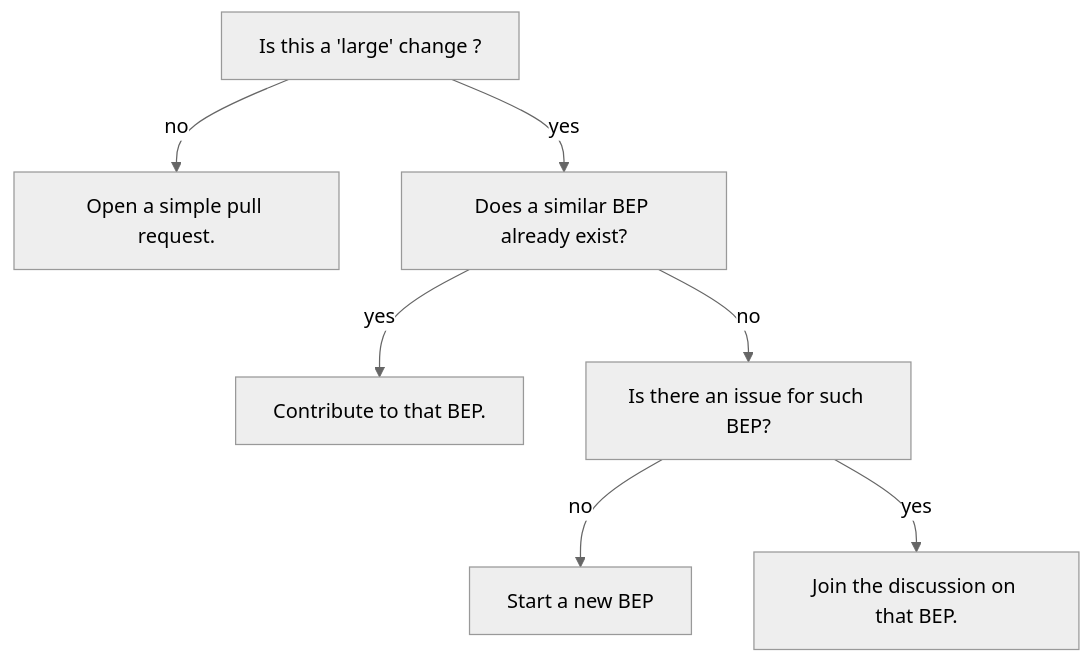
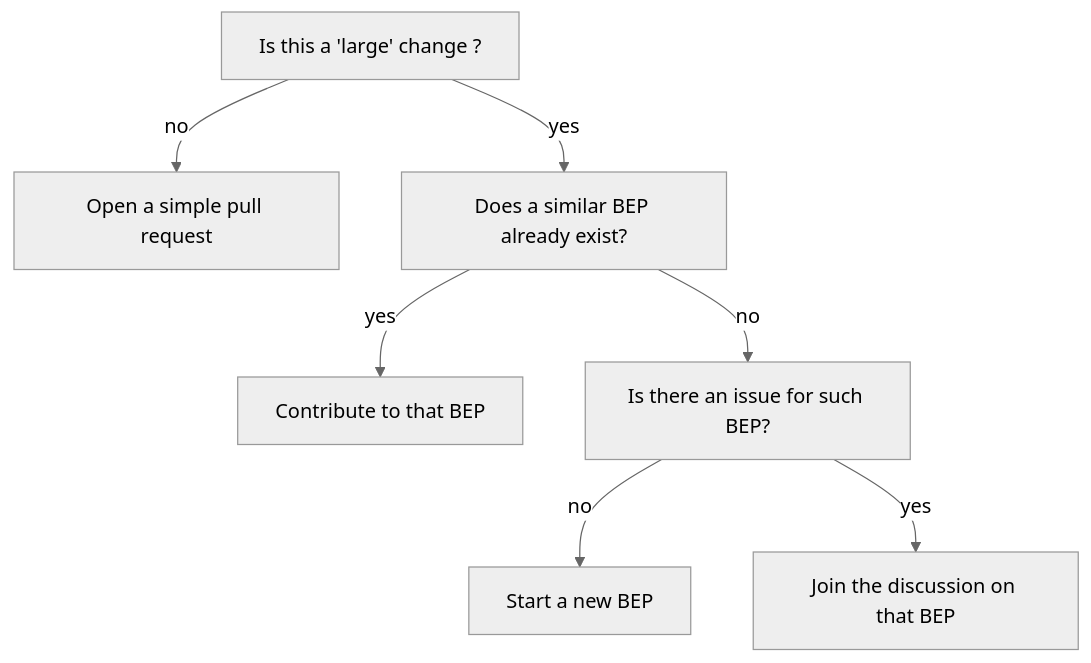
The first of 6 diagrams in docs/extensions/process.md (bids-standard/bids-website), drawn with Mermaid (neutral theme) before and after one commit. The commit also changed other lines of this file, not shown here.

Commit message:
Remove not needed trailing period in BEP mermaid diagrams (#769)

````diff
--- a/docs/extensions/process.md
+++ b/docs/extensions/process.md
@@ -24,18 +24,18 @@
 ```mermaid
 flowchart TD
 
 BEP_required["Is this a 'large' change ?"]
-PR["Open a simple pull request."]
+PR["Open a simple pull request"]
 BEP_exist["Does a similar BEP already exist?"]
-Contribute["Contribute to that BEP."]
+Contribute["Contribute to that BEP"]
 BEP_issue_exist["Is there an issue for such BEP?"]
-Join_discussion["Join the discussion on that BEP."]
+Join_discussion["Join the discussion on that BEP"]
 Open_BEP["Start a new BEP"]
 
 BEP_required -- no --> PR
 BEP_required -- yes --> BEP_exist
 BEP_exist -- yes --> Contribute
 BEP_exist -- no --> BEP_issue_exist
 BEP_issue_exist -- no --> Open_BEP
 BEP_issue_exist -- yes --> Join_discussion
 ```
````
